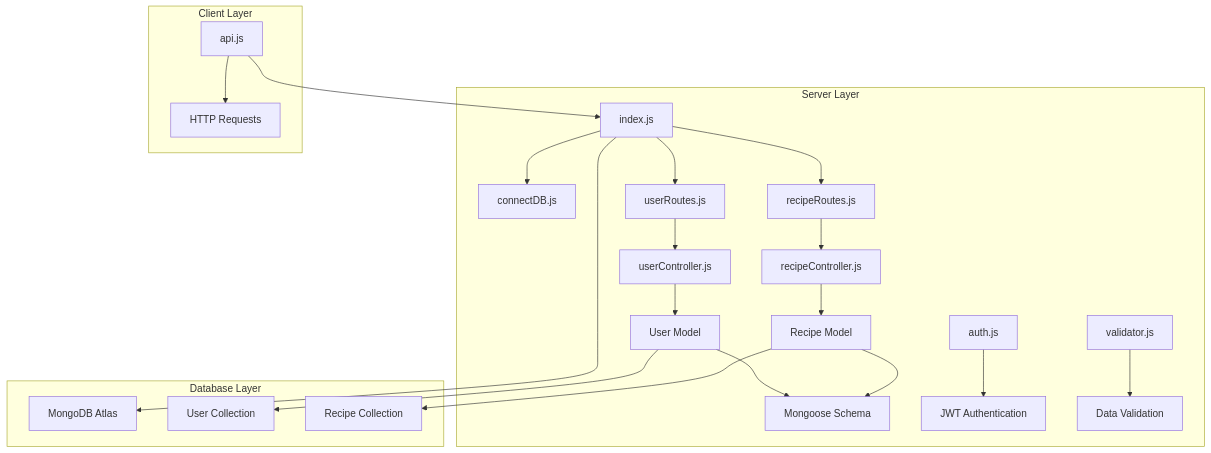
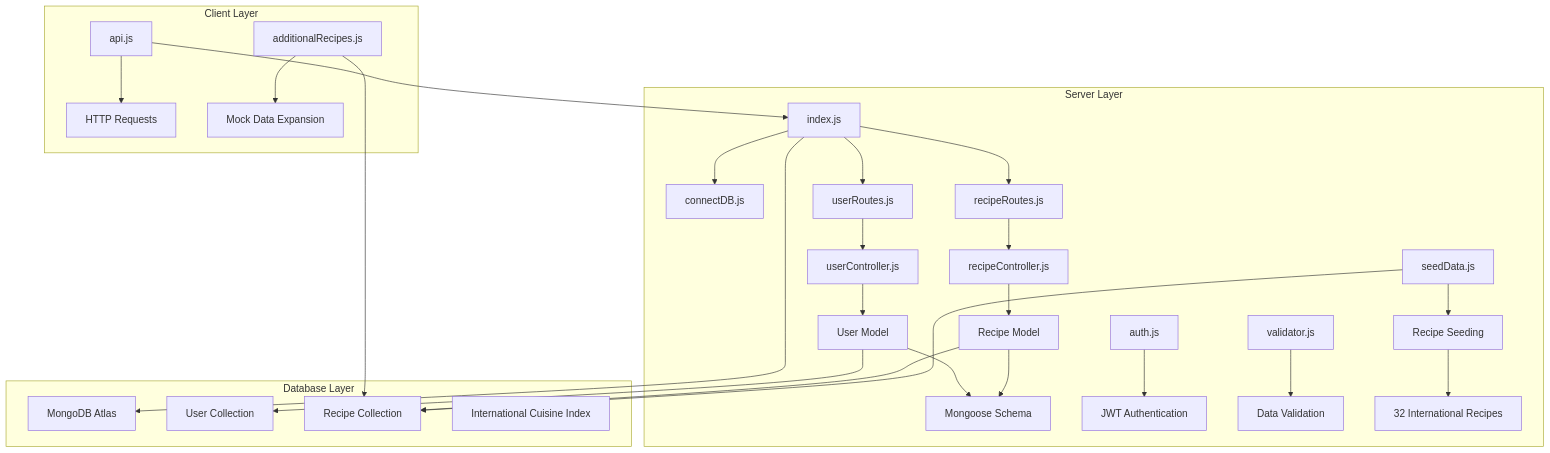
The first of 14 diagrams in .qoder/repowiki/en/content/Application Architecture/MongoDB Database Integration.md (aayeshasiddiqah2611-pixel/flavora_ai_server), drawn with Mermaid before and after one commit. The commit also changed other lines of this file and 5 other files, not shown here.

Commit message:
Update recipe images, fix RecipeContext API integration, and add Japanese recipes

````diff
--- a/.qoder/repowiki/en/content/Application Architecture/MongoDB Database Integration.md
+++ b/.qoder/repowiki/en/content/Application Architecture/MongoDB Database Integration.md
@@ -38,28 +48,34 @@
 ```mermaid
 graph TB
 subgraph "Server Layer"
 A[index.js] --> B[connectDB.js]
 A --> C[userRoutes.js]
 A --> D[recipeRoutes.js]
 C --> E[userController.js]
 D --> F[recipeController.js]
 E --> G[User Model]
 F --> H[Recipe Model]
 G --> I[Mongoose Schema]
 H --> I
 J[auth.js] --> K[JWT Authentication]
 L[validator.js] --> M[Data Validation]
+N[seedData.js] --> O[Recipe Seeding]
+O --> P[32 International Recipes]
 end
 subgraph "Client Layer"
-N[api.js] --> O[HTTP Requests]
+Q[api.js] --> R[HTTP Requests]
+S[additionalRecipes.js] --> T[Mock Data Expansion]
 end
 subgraph "Database Layer"
-P[MongoDB Atlas]
-Q[User Collection]
-R[Recipe Collection]
+U[MongoDB Atlas]
+V[User Collection]
+W[Recipe Collection]
+X[International Cuisine Index]
 end
-A --> P
-G --> Q
-H --> R
-N --> A
+A --> U
+G --> V
+H --> W
+N --> W
+S --> W
+Q --> A
 ```
````
